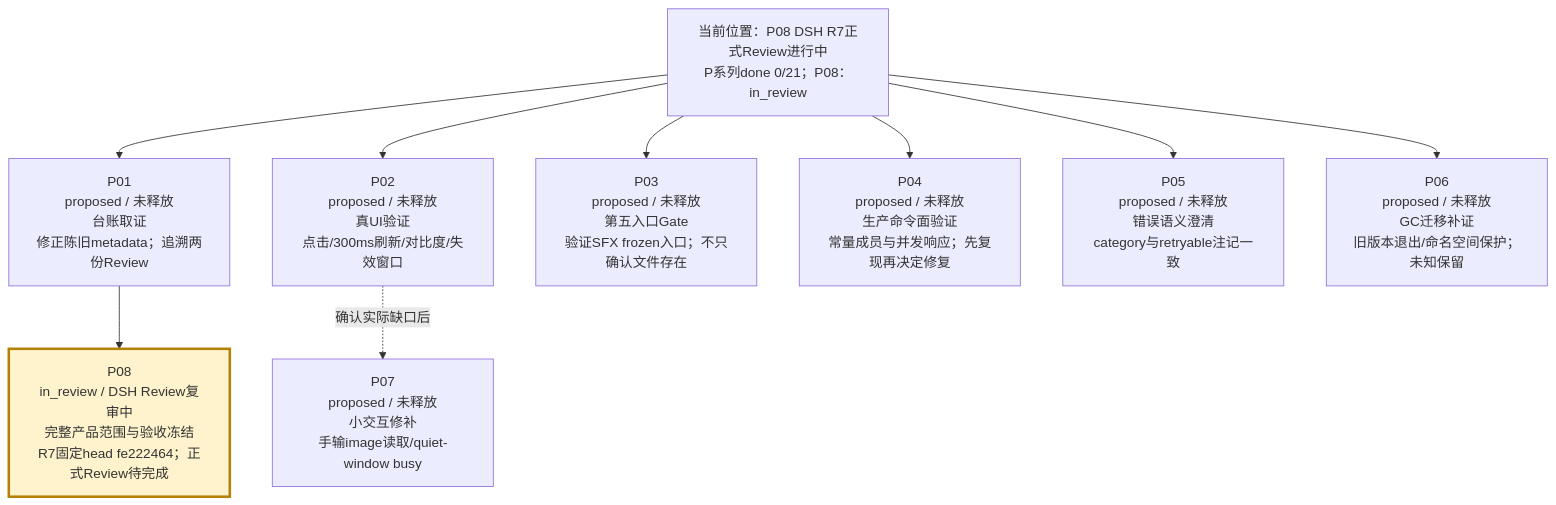
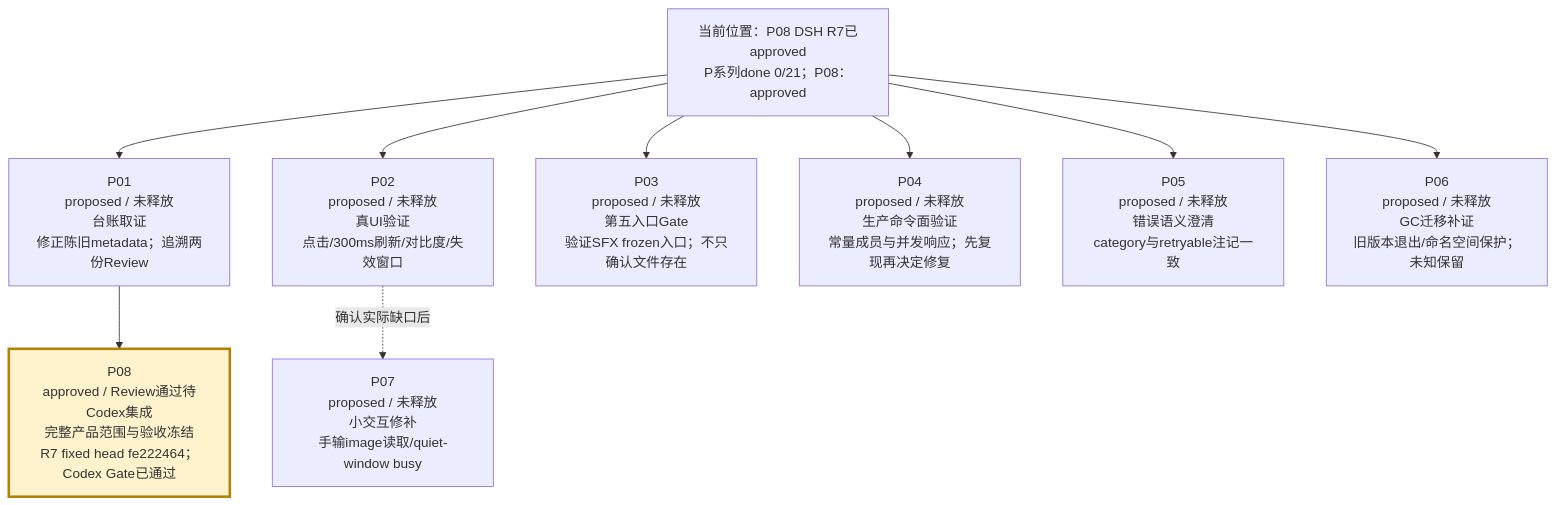
One commit to peakwheat-pixel/New-Manga changed the second of 4 diagrams in verification/PROJECT-ROADMAP-20261008/ROADMAP.md. Above: the diagram before and after it, drawn with Mermaid. The commit also changed other lines of this file and 12 other files, not shown here.

Commit message:
docs(P08): record approved R7 review gate

````diff
--- a/verification/PROJECT-ROADMAP-20261008/ROADMAP.md
+++ b/verification/PROJECT-ROADMAP-20261008/ROADMAP.md
@@ -30,12 +30,12 @@
 ```mermaid
 flowchart TB
-  BASE["当前位置：P08 DSH R7正式Review进行中<br/>P系列done 0/21；P08：in_review"] --> P01["P01<br/>proposed / 未释放<br/>台账取证<br/>修正陈旧metadata；追溯两份Review"]
+  BASE["当前位置：P08 DSH R7已approved<br/>P系列done 0/21；P08：approved"] --> P01["P01<br/>proposed / 未释放<br/>台账取证<br/>修正陈旧metadata；追溯两份Review"]
   BASE --> P02["P02<br/>proposed / 未释放<br/>真UI验证<br/>点击/300ms刷新/对比度/失效窗口"]
   BASE --> P03["P03<br/>proposed / 未释放<br/>第五入口Gate<br/>验证SFX frozen入口；不只确认文件存在"]
   BASE --> P04["P04<br/>proposed / 未释放<br/>生产命令面验证<br/>常量成员与并发响应；先复现再决定修复"]
   BASE --> P05["P05<br/>proposed / 未释放<br/>错误语义澄清<br/>category与retryable注记一致"]
   BASE --> P06["P06<br/>proposed / 未释放<br/>GC迁移补证<br/>旧版本退出/命名空间保护；未知保留"]
   P02 -. "确认实际缺口后" .-> P07["P07<br/>proposed / 未释放<br/>小交互修补<br/>手输image读取/quiet-window busy"]
-  P01 --> P08["P08<br/>in_review / DSH Review复审中<br/>完整产品范围与验收冻结<br/>R7固定head fe222464；正式Review待完成"]
+  P01 --> P08["P08<br/>approved / Review通过待Codex集成<br/>完整产品范围与验收冻结<br/>R7 fixed head fe222464；Codex Gate已通过"]
   style P08 fill:#fff3cd,stroke:#b58105,stroke-width:3px
 ```
````
